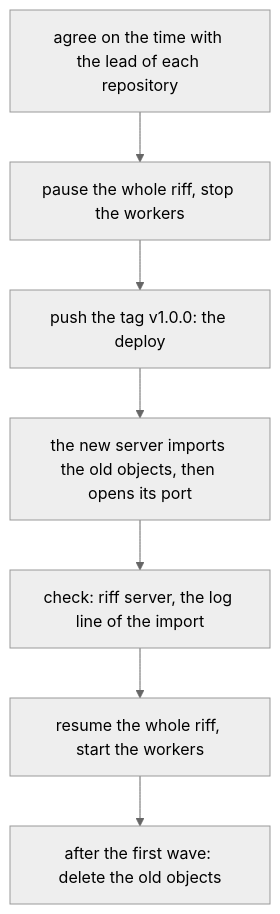
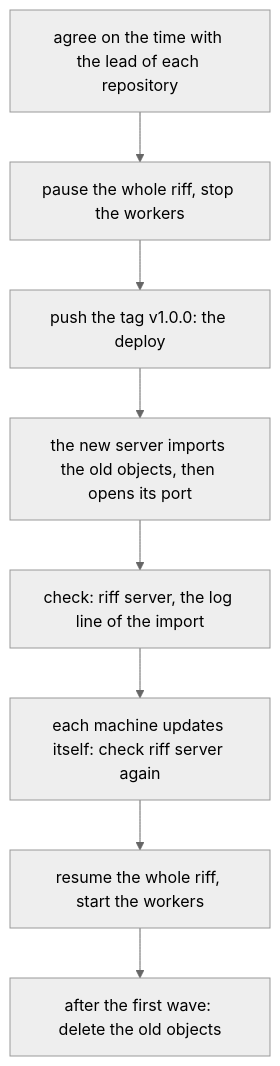
The tenth of 10 diagrams in docs/src/development.md (como-technologies/riff), drawn with Mermaid (neutral theme) before and after one commit. The commit also changed other lines of this file, not shown here.

Commit message:
Go live: step 2 uses riff pause of 0.8.0, step 4 shows what riff 0.8.0 shows, the check of the riff ID is in step 5

````diff
--- a/docs/src/development.md
+++ b/docs/src/development.md
@@ -1479,9 +1479,10 @@
 ```mermaid
 flowchart TD
     A[agree on the time with the lead of each repository] --> P[pause the whole riff, stop the workers]
     P --> T[push the tag v1.0.0: the deploy]
     T --> I[the new server imports the old objects, then opens its port]
     I --> C[check: riff server, the log line of the import]
-    C --> R[resume the whole riff, start the workers]
+    C --> U[each machine updates itself: check riff server again]
+    U --> R[resume the whole riff, start the workers]
     R --> D[after the first wave: delete the old objects]
 ```
````
